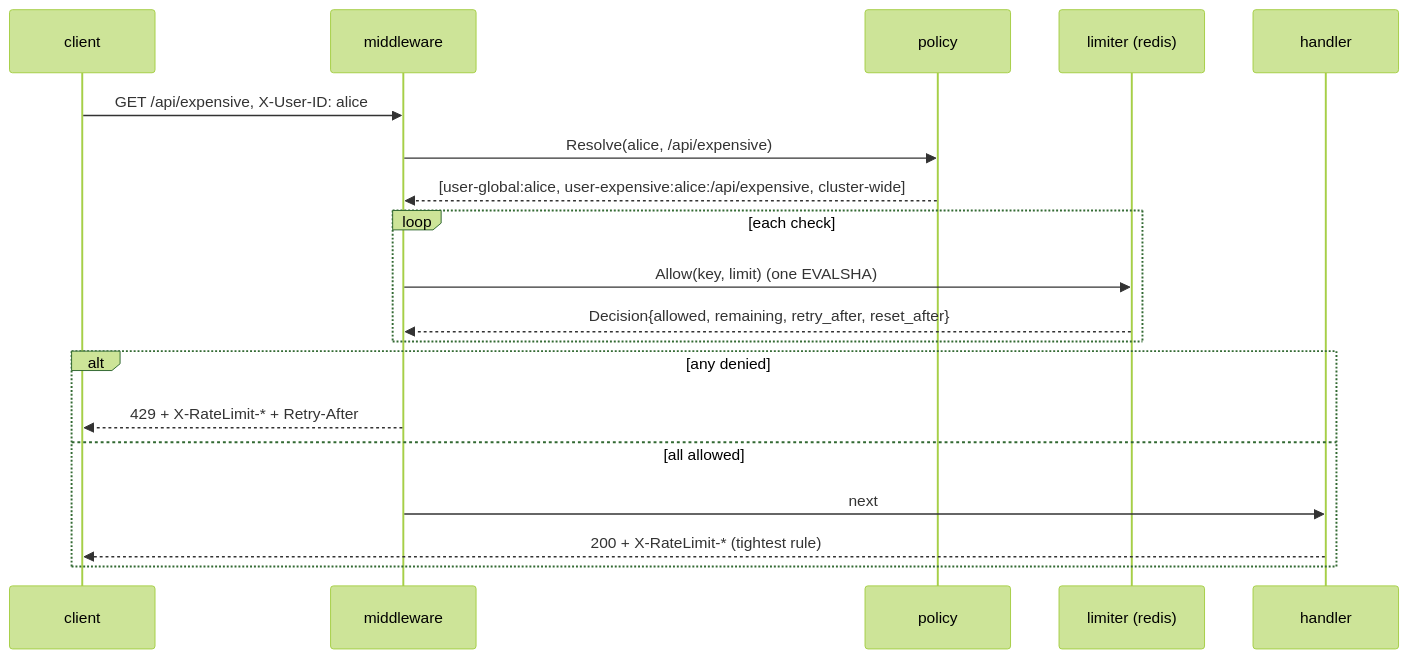
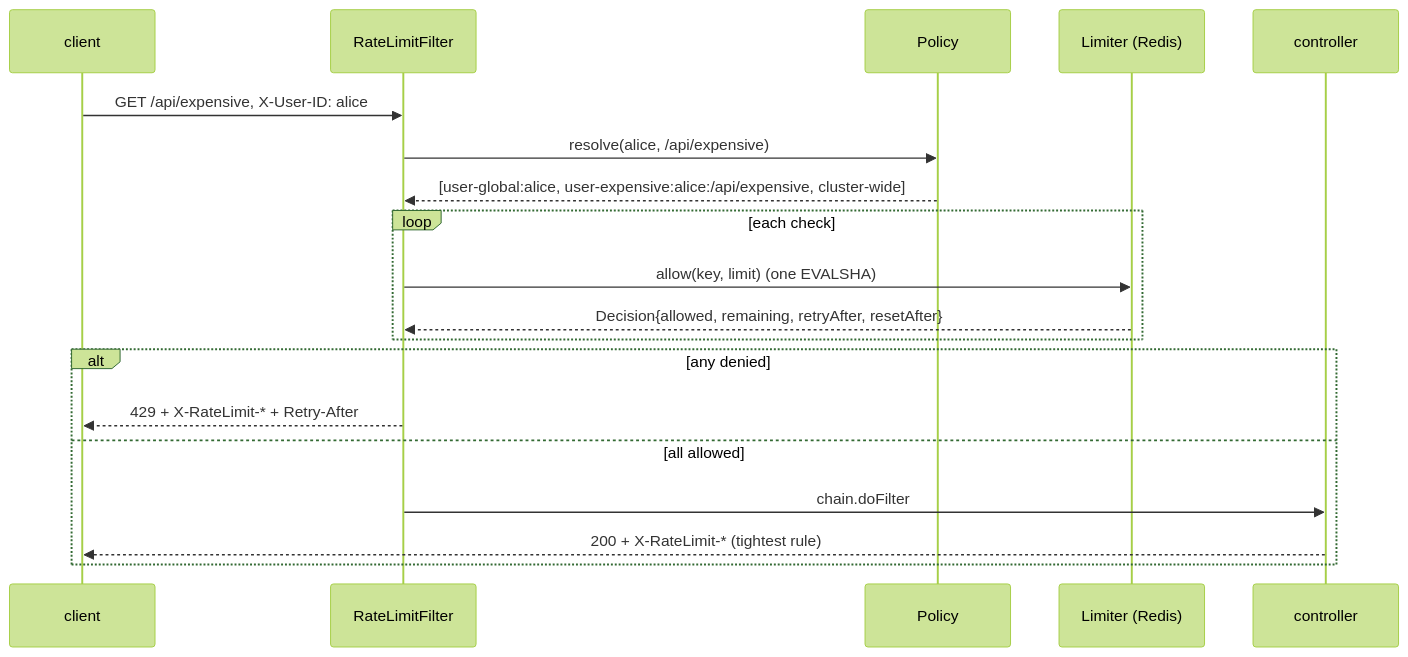
Before and after one commit to ParkerHarrelson/distributed-rate-limiter: the second of 2 diagrams in docs/architecture.md, drawn with Mermaid (forest theme). The commit also changed other lines of this file and 121 other files, not shown here.

````diff
--- a/docs/architecture.md
+++ b/docs/architecture.md
@@ -33,21 +34,21 @@
 ```mermaid
 sequenceDiagram
     participant C as client
-    participant M as middleware
-    participant P as policy
-    participant L as limiter (redis)
-    participant H as handler
-    C->>M: GET /api/expensive, X-User-ID: alice
-    M->>P: Resolve(alice, /api/expensive)
-    P-->>M: [user-global:alice, user-expensive:alice:/api/expensive, cluster-wide]
+    participant F as RateLimitFilter
+    participant P as Policy
+    participant L as Limiter (Redis)
+    participant H as controller
+    C->>F: GET /api/expensive, X-User-ID: alice
+    F->>P: resolve(alice, /api/expensive)
+    P-->>F: [user-global:alice, user-expensive:alice:/api/expensive, cluster-wide]
     loop each check
-        M->>L: Allow(key, limit)  (one EVALSHA)
-        L-->>M: Decision{allowed, remaining, retry_after, reset_after}
+        F->>L: allow(key, limit)  (one EVALSHA)
+        L-->>F: Decision{allowed, remaining, retryAfter, resetAfter}
     end
     alt any denied
-        M-->>C: 429 + X-RateLimit-* + Retry-After
+        F-->>C: 429 + X-RateLimit-* + Retry-After
     else all allowed
-        M->>H: next
+        F->>H: chain.doFilter
         H-->>C: 200 + X-RateLimit-* (tightest rule)
     end
 ```
````
